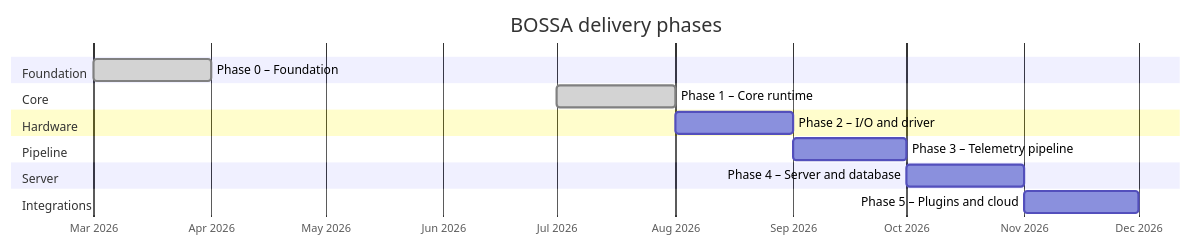
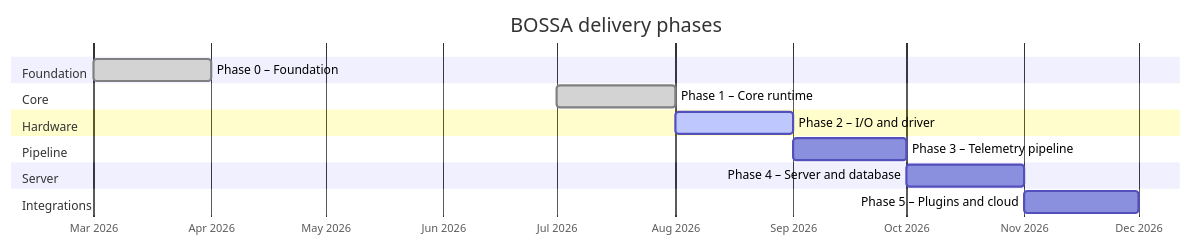
One commit to alexandrelheinen/bossa changed the diagram in docs/roadmap.md. Above: the diagram before and after it, drawn with Mermaid. The commit also changed other lines of this file and 27 other files, not shown here.

First line of the commit message:
feat(io,drivers): Phase 2 I/O abstractions and BME280 driver

````diff
--- a/docs/roadmap.md
+++ b/docs/roadmap.md
@@ -38,24 +38,24 @@
 ```mermaid
 gantt
     title BOSSA delivery phases
     dateFormat YYYY-MM
     axisFormat %b %Y
 
     section Foundation
     Phase 0 – Foundation           :done,    p0, 2026-03, 2026-04
 
     section Core
     Phase 1 – Core runtime         :done,    p1, 2026-07, 2026-08
 
     section Hardware
-    Phase 2 – I/O and driver       :         p2, 2026-08, 2026-09
+    Phase 2 – I/O and driver       :active,  p2, 2026-08, 2026-09
 
     section Pipeline
     Phase 3 – Telemetry pipeline   :         p3, 2026-09, 2026-10
 
     section Server
     Phase 4 – Server and database  :         p4, 2026-10, 2026-11
 
     section Integrations
     Phase 5 – Plugins and cloud    :         p5, 2026-11, 2026-12
 ```
````
